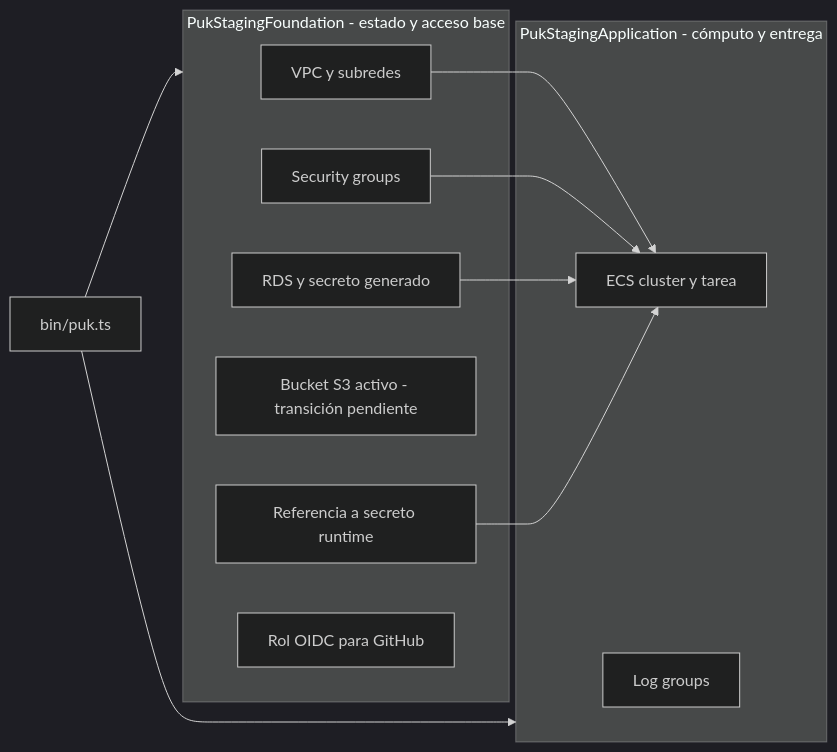
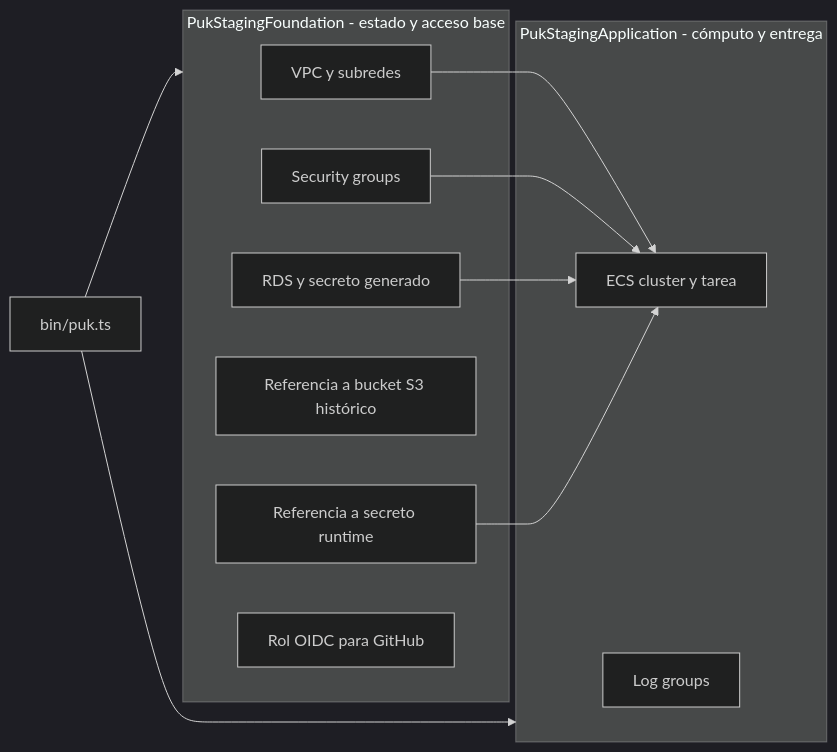
One commit to luistorres-idt/puk changed the third of 5 diagrams in docs/technical/infrastructure-and-operations.md. Above: the diagram before and after it, drawn with Mermaid (dark theme). The commit also changed other lines of this file and 8 other files, not shown here.

Commit message:
docs: update deployment and architecture documentation

````diff
--- a/docs/technical/infrastructure-and-operations.md
+++ b/docs/technical/infrastructure-and-operations.md
@@ -153,25 +160,25 @@
 ```mermaid
 flowchart LR
     App[bin/puk.ts]
 
     subgraph Foundation[PukStagingFoundation - estado y acceso base]
         V[VPC y subredes]
         SG[Security groups]
         DB[RDS y secreto generado]
-        B[Bucket S3 activo - transición pendiente]
+        B[Referencia a bucket S3 histórico]
         RS[Referencia a secreto runtime]
         Role[Rol OIDC para GitHub]
     end
 
     subgraph Application[PukStagingApplication - cómputo y entrega]
         C[ECS cluster y tarea]
         Logs[Log groups]
     end
 
     App --> Foundation
     App --> Application
     V --> C
     SG --> C
     DB --> C
     RS --> C
 ```
````
